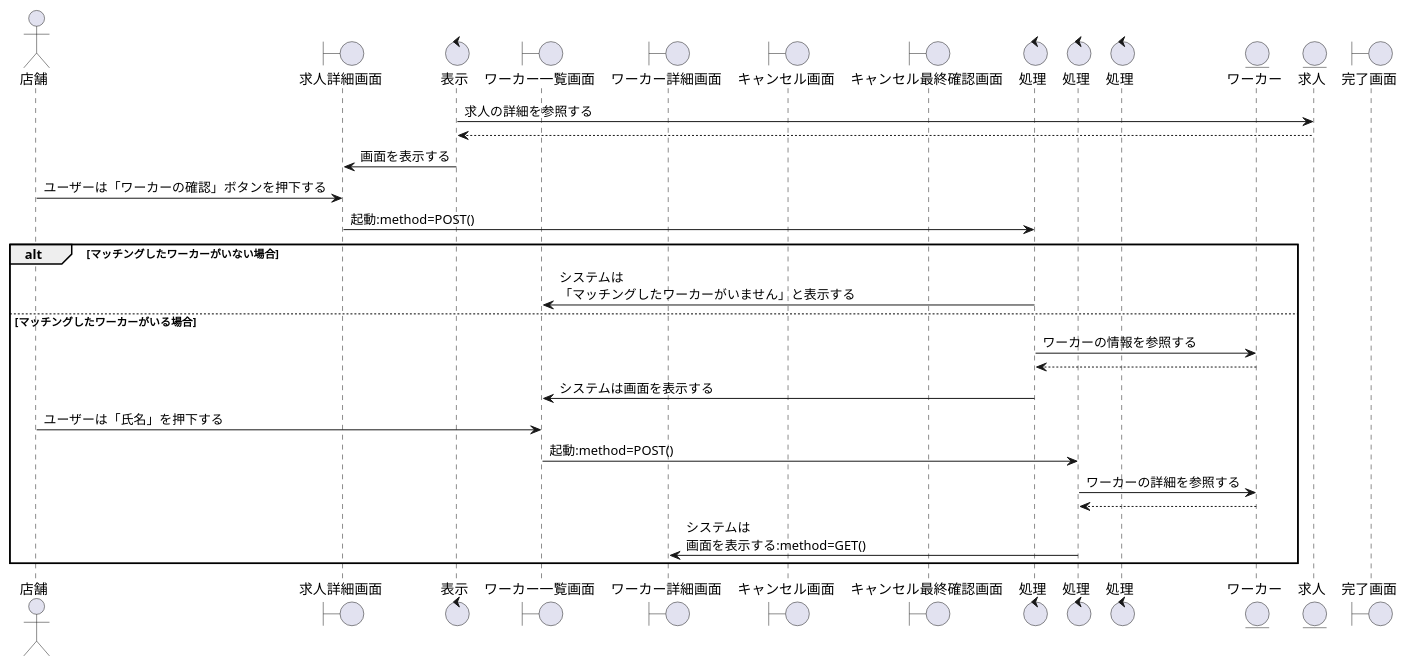
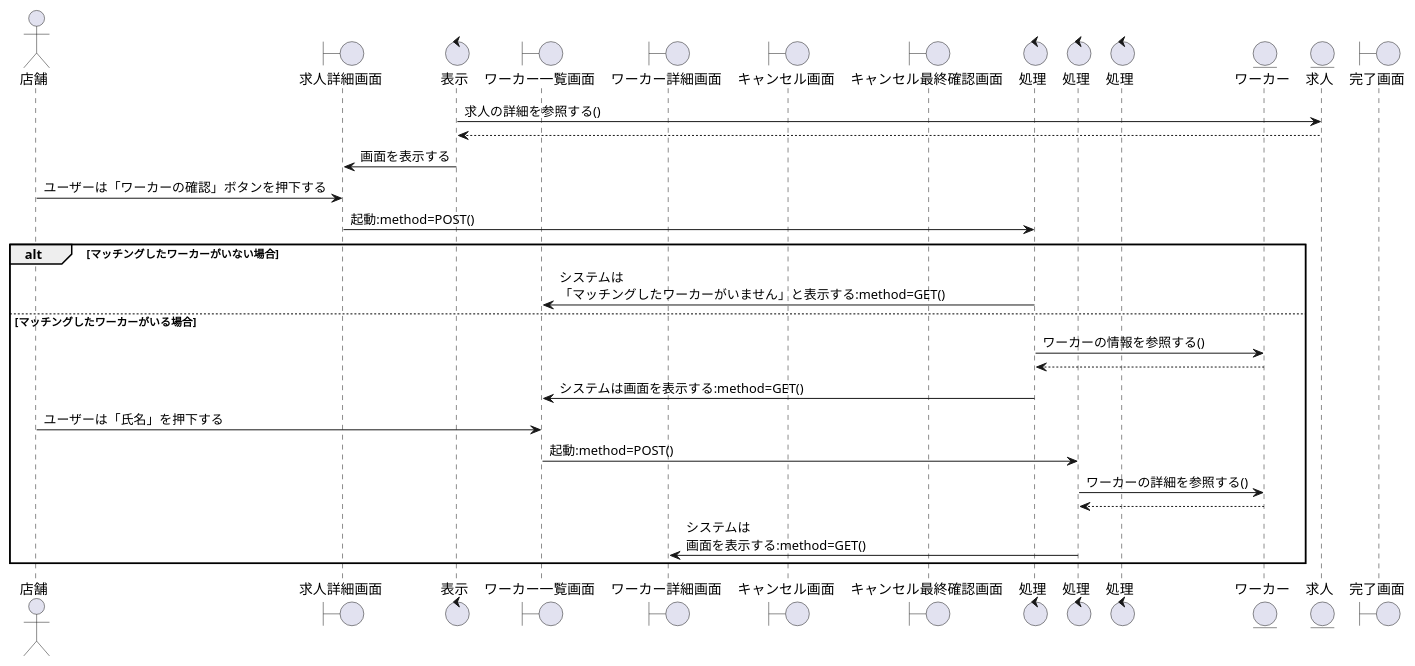
One commit to irukacb256/high_Me changed the diagram in sequence_fig/8_storeside_fn/04_マッチングしたワーカーの確認をする.pu. Above: the diagram before and after it, drawn with PlantUML. The commit also changed 26 other files, not shown here.

```diff
--- a/sequence_fig/8_storeside_fn/04_マッチングしたワーカーの確認をする.pu
+++ b/sequence_fig/8_storeside_fn/04_マッチングしたワーカーの確認をする.pu
@@ -1,40 +1,40 @@
 @startuml マッチングしたワーカーの確認をする
 
 actor 店舗 as cp1
 
 boundary 求人詳細画面 as b1
 control 表示 as co1
 boundary ワーカー一覧画面 as b2
 boundary ワーカー詳細画面 as b3
 boundary キャンセル画面 as b4
 boundary キャンセル最終確認画面 as b5
 control 処理 as co2
 control 処理 as co3
 control 処理 as co4
 
 entity ワーカー as wo1
 entity 求人 as jb1
 boundary 完了画面 as b6
 
-co1 -> jb1 : 求人の詳細を参照する
+co1 -> jb1 : 求人の詳細を参照する()
 co1 <-- jb1
 co1 -> b1 : 画面を表示する
 cp1 -> b1 : ユーザーは「ワーカーの確認」ボタンを押下する
 b1 -> co2 : 起動:method=POST()
 
 alt マッチングしたワーカーがいない場合
-    co2 -> b2 : システムは\n「マッチングしたワーカーがいません」と表示する
+    co2 -> b2 : システムは\n「マッチングしたワーカーがいません」と表示する:method=GET()
 
 else マッチングしたワーカーがいる場合
-    co2 -> wo1 : ワーカーの情報を参照する
+    co2 -> wo1 : ワーカーの情報を参照する()
     co2 <-- wo1
-    co2 -> b2 : システムは画面を表示する
+    co2 -> b2 : システムは画面を表示する:method=GET()
 
         cp1 -> b2 : ユーザーは「氏名」を押下する
         b2 -> co3 : 起動:method=POST()
-        co3 -> wo1 : ワーカーの詳細を参照する
+        co3 -> wo1 : ワーカーの詳細を参照する()
         co3 <-- wo1
         co3 -> b3 : システムは\n画面を表示する:method=GET()
 
 end
 @enduml
```
